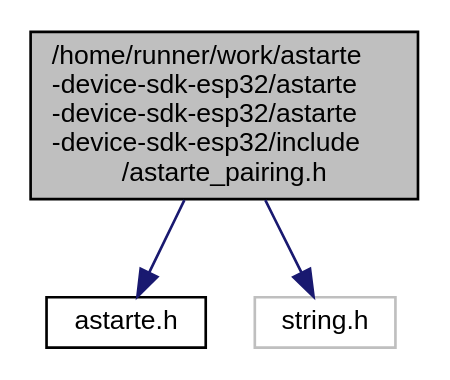
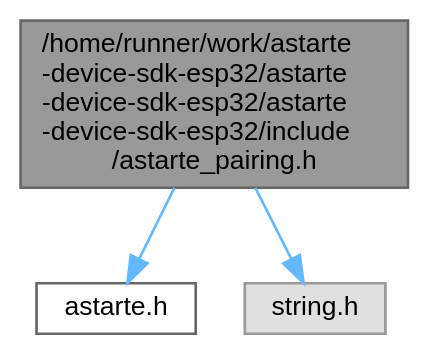
The diagram in device-sdks/esp32/snapshot/api/astarte__pairing_8h__incl.dot (astarte-platform/docs), drawn with Graphviz before and after one commit. The commit also changed 181 other files, not shown here.

Commit message:
Update ESP32 SDK documentation

```diff
--- a/device-sdks/esp32/snapshot/api/astarte__pairing_8h__incl.dot
+++ b/device-sdks/esp32/snapshot/api/astarte__pairing_8h__incl.dot
@@ -1,11 +1,12 @@
 digraph "/home/runner/work/astarte-device-sdk-esp32/astarte-device-sdk-esp32/astarte-device-sdk-esp32/include/astarte_pairing.h"
 {
  // LATEX_PDF_SIZE
-  edge [fontname="Helvetica",fontsize="10",labelfontname="Helvetica",labelfontsize="10"];
-  node [fontname="Helvetica",fontsize="10",shape=record];
-  Node1 [label="/home/runner/work/astarte\l-device-sdk-esp32/astarte\l-device-sdk-esp32/astarte\l-device-sdk-esp32/include\l/astarte_pairing.h",height=0.2,width=0.4,color="black", fillcolor="grey75", style="filled", fontcolor="black",tooltip="Astarte pairing functions."];
-  Node1 -> Node2 [color="midnightblue",fontsize="10",style="solid",fontname="Helvetica"];
-  Node2 [label="astarte.h",height=0.2,width=0.4,color="black", fillcolor="white", style="filled",URL="$astarte_8h.html",tooltip="Astarte types and defines."];
-  Node1 -> Node3 [color="midnightblue",fontsize="10",style="solid",fontname="Helvetica"];
-  Node3 [label="string.h",height=0.2,width=0.4,color="grey75", fillcolor="white", style="filled",tooltip=" "];
+  bgcolor="transparent";
+  edge [fontname=Helvetica,fontsize=10,labelfontname=Helvetica,labelfontsize=10];
+  node [fontname=Helvetica,fontsize=10,shape=box,height=0.2,width=0.4];
+  Node1 [id="Node000001",label="/home/runner/work/astarte\l-device-sdk-esp32/astarte\l-device-sdk-esp32/astarte\l-device-sdk-esp32/include\l/astarte_pairing.h",height=0.2,width=0.4,color="gray40", fillcolor="grey60", style="filled", fontcolor="black",tooltip="Astarte pairing functions."];
+  Node1 -> Node2 [id="edge1_Node000001_Node000002",color="steelblue1",style="solid",tooltip=" "];
+  Node2 [id="Node000002",label="astarte.h",height=0.2,width=0.4,color="grey40", fillcolor="white", style="filled",URL="$astarte_8h.html",tooltip="Astarte types and defines."];
+  Node1 -> Node3 [id="edge2_Node000001_Node000003",color="steelblue1",style="solid",tooltip=" "];
+  Node3 [id="Node000003",label="string.h",height=0.2,width=0.4,color="grey60", fillcolor="#E0E0E0", style="filled",tooltip=" "];
 }
```
